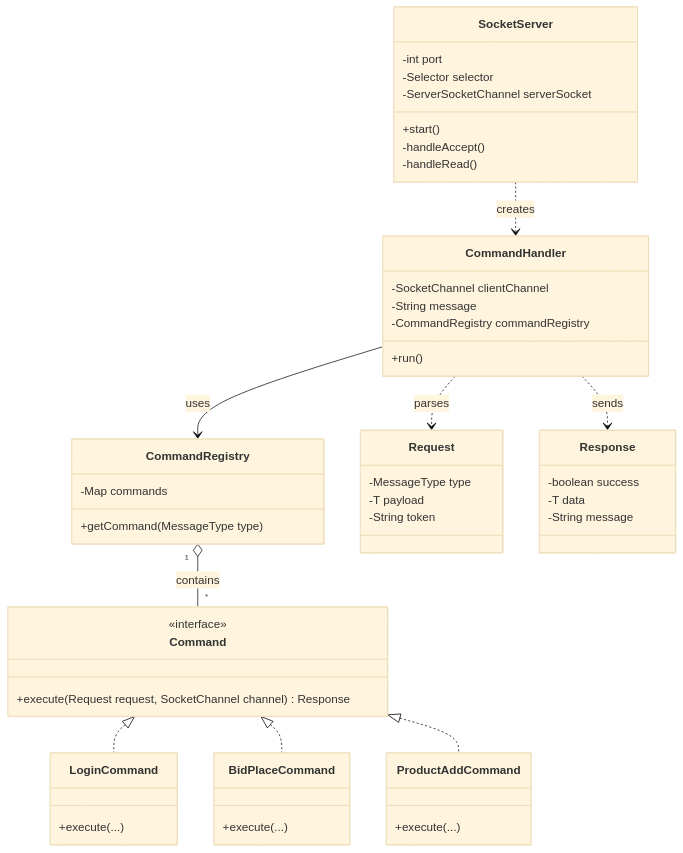
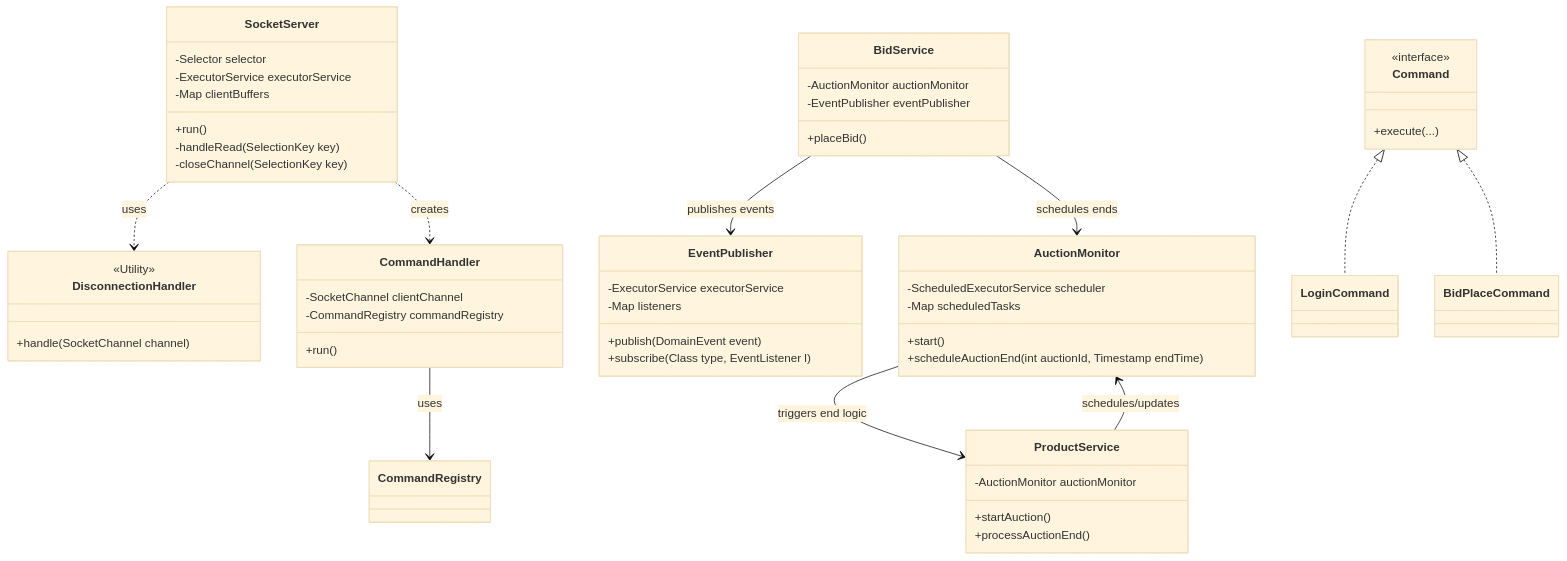
The diagram in docs/ClassDiagram_Server.md (haidang9107/Bidding), drawn with Mermaid (base theme) before and after one commit. The commit also changed other lines of this file and 11 other files, not shown here.

````diff
--- a/docs/ClassDiagram_Server.md
+++ b/docs/ClassDiagram_Server.md
@@ -3,62 +3,66 @@
 ```mermaid
 classDiagram
     class SocketServer {
-        -int port
         -Selector selector
-        -ServerSocketChannel serverSocket
+        -ExecutorService executorService
+        -Map clientBuffers
+        +run()
+        -handleRead(SelectionKey key)
+        -closeChannel(SelectionKey key)
+    }
+
+    class DisconnectionHandler {
+        <<Utility>>
+        +handle(SocketChannel channel)
+    }
+
+    class AuctionMonitor {
+        -ScheduledExecutorService scheduler
+        -Map scheduledTasks
         +start()
-        -handleAccept()
-        -handleRead()
+        +scheduleAuctionEnd(int auctionId, Timestamp endTime)
+    }
+
+    class EventPublisher {
+        -ExecutorService executorService
+        -Map listeners
+        +publish(DomainEvent event)
+        +subscribe(Class type, EventListener l)
+    }
+
+    class BidService {
+        -AuctionMonitor auctionMonitor
+        -EventPublisher eventPublisher
+        +placeBid()
+    }
+
+    class ProductService {
+        -AuctionMonitor auctionMonitor
+        +startAuction()
+        +processAuctionEnd()
     }
 
     class CommandHandler {
         -SocketChannel clientChannel
-        -String message
         -CommandRegistry commandRegistry
         +run()
     }
 
-    class CommandRegistry {
-        -Map<MessageType, Command> commands
-        +getCommand(MessageType type)
-    }
-
+    SocketServer ..> CommandHandler : creates
+    SocketServer ..> DisconnectionHandler : uses
+    CommandHandler --> CommandRegistry : uses
+    
+    BidService --> AuctionMonitor : schedules ends
+    BidService --> EventPublisher : publishes events
+    ProductService --> AuctionMonitor : schedules/updates
+    
+    AuctionMonitor --> ProductService : triggers end logic
+    
     class Command {
         <<interface>>
-        +execute(Request request, SocketChannel channel) Response
-    }
-
-    class LoginCommand {
         +execute(...)
     }
 
-    class BidPlaceCommand {
-        +execute(...)
-    }
-
-    class ProductAddCommand {
-        +execute(...)
-    }
-
-    SocketServer ..> CommandHandler : creates
-    CommandHandler --> CommandRegistry : uses
-    CommandRegistry "1" o-- "*" Command : contains
     Command <|.. LoginCommand
     Command <|.. BidPlaceCommand
-    Command <|.. ProductAddCommand
-
-    class Request {
-        -MessageType type
-        -T payload
-        -String token
-    }
-
-    class Response {
-        -boolean success
-        -T data
-        -String message
-    }
-
-    CommandHandler ..> Request : parses
-    CommandHandler ..> Response : sends
 ```
````
